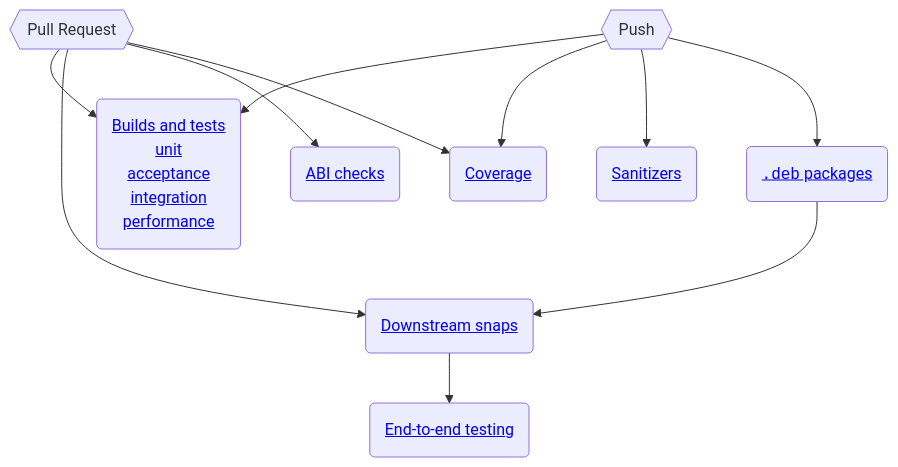
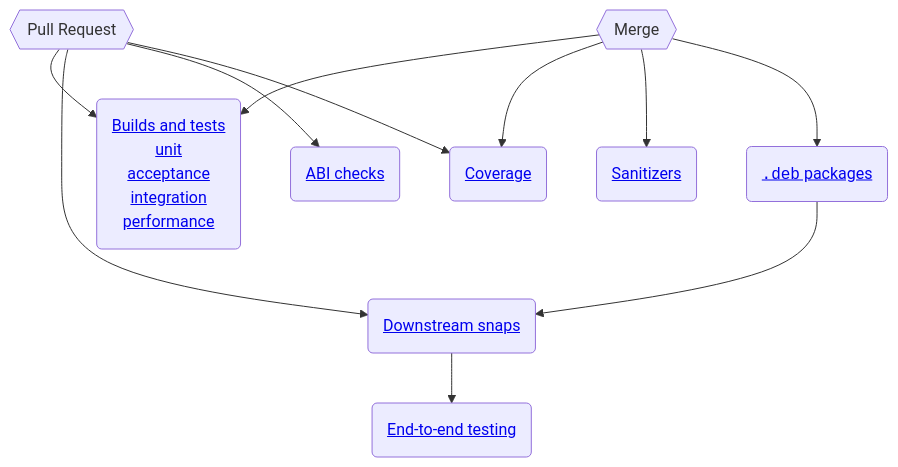
Before and after one commit to canonical/mir: the diagram in doc/sphinx/reference/continuous-integration.mmd, drawn with Mermaid. The commit also changed 1 other file, not shown here.

```diff
--- a/doc/sphinx/reference/continuous-integration.mmd
+++ b/doc/sphinx/reference/continuous-integration.mmd
@@ -1,15 +1,15 @@
 flowchart TD
     PR{{Pull Request}} --> Builds(<a href="#mir-builds">Builds and tests</a>
                                   <a href="#unit-tests">unit</a>
                                   <a href="#acceptance-tests">acceptance</a>
                                   <a href="#integration-tests">integration</a>
                                   <a href="#performance-and-smoke-tests">performance</a>)
     PR --> Snaps(<a href="#downstream-snap-builds">Downstream snaps</a>)
     PR --> ABI(<a href="#abi-checks">ABI checks</a>)
     PR --> Coverage(<a href="#coverage-measurement">Coverage</a>)
-    Push{{Push}} --> Builds
-    Push --> Coverage
-    Push --> Sanitizers(<a href="#sanitizer-runs">Sanitizers</a>)
-    Push --> PPA(<a href="#deb-package-builds"><tt>.deb</tt> packages</a>)
+    Merge{{Merge}} --> Builds
+    Merge --> Coverage
+    Merge --> Sanitizers(<a href="#sanitizer-runs">Sanitizers</a>)
+    Merge --> PPA(<a href="#deb-package-builds"><tt>.deb</tt> packages</a>)
     PPA --> Snaps
     Snaps --> EndToEnd(<a href="#end-to-end-testing">End-to-end testing</a>)
```
